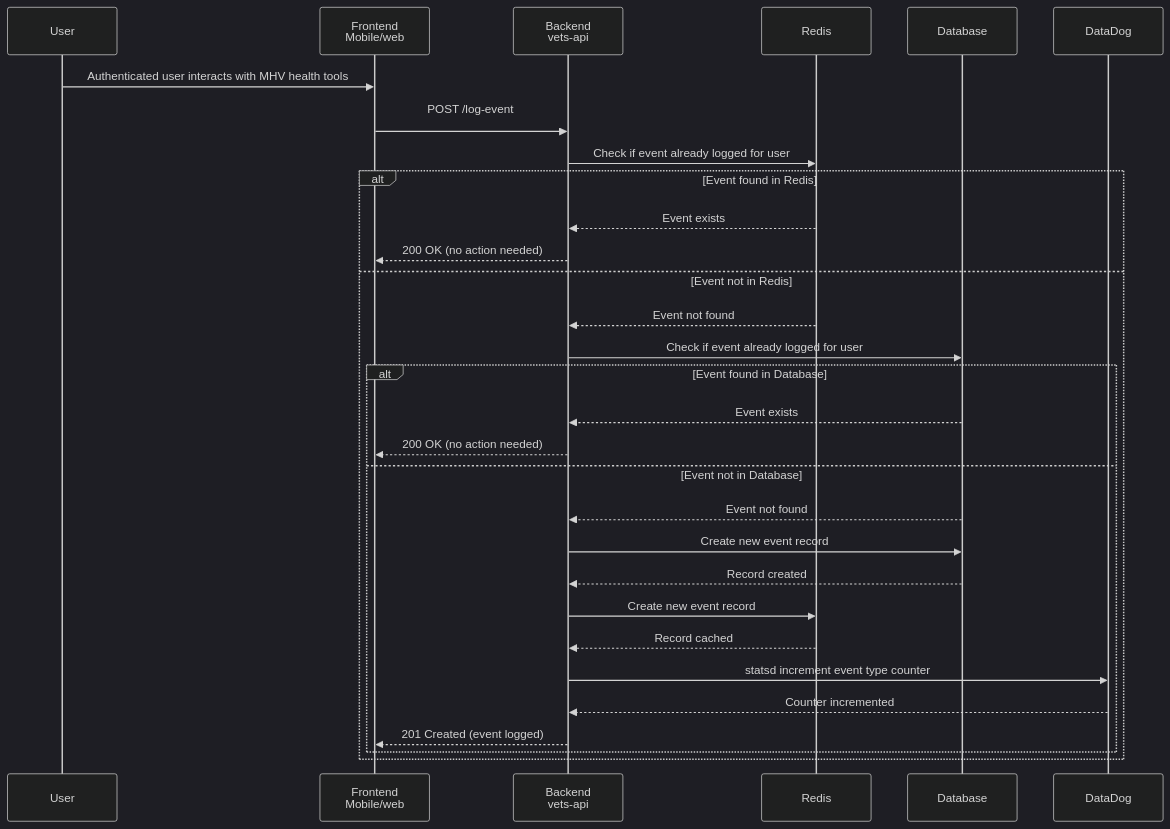
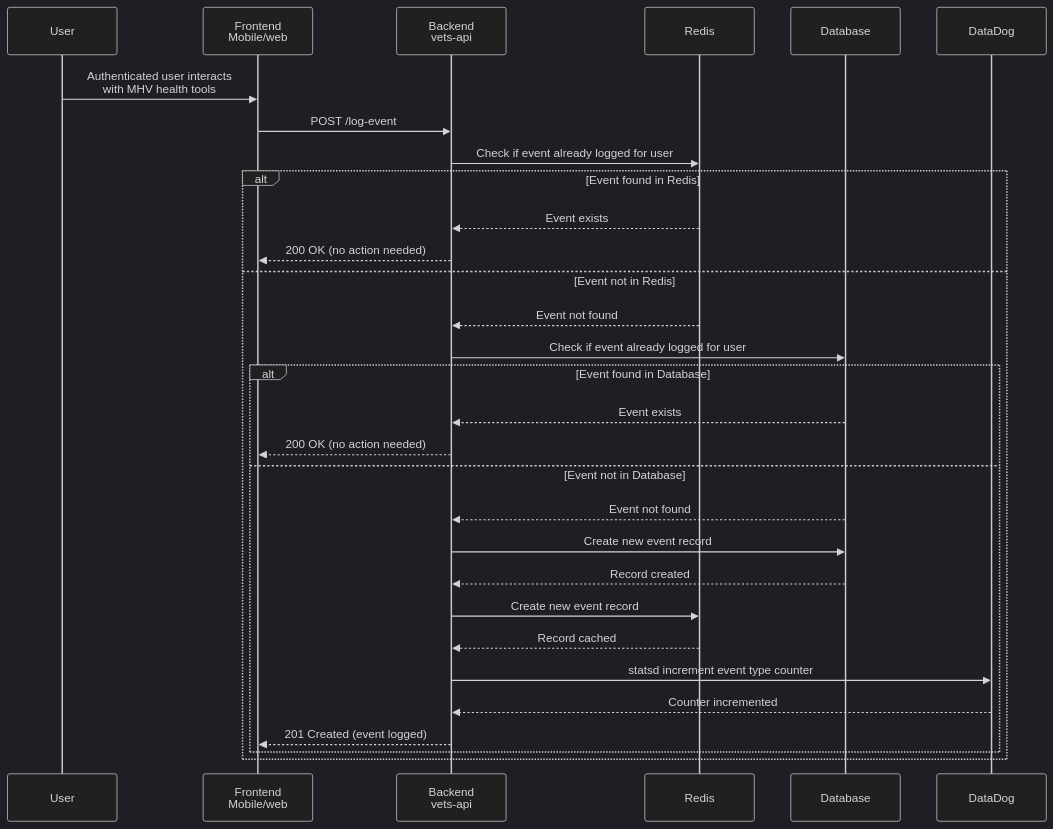
The first of 2 diagrams in products/health-care/patient-portal/mhv/2025-08-unique-user-metrics/design/README.md (department-of-veterans-affairs/va.gov-team), drawn with Mermaid (dark theme) before and after one commit.

Commit message:
Added line break in sequence diagram

````diff
--- a/products/health-care/patient-portal/mhv/2025-08-unique-user-metrics/design/README.md
+++ b/products/health-care/patient-portal/mhv/2025-08-unique-user-metrics/design/README.md
@@ -16,34 +16,34 @@
 ```mermaid
 sequenceDiagram
     participant User
     participant Frontend as Frontend<br/>Mobile/web
     participant API as Backend<br/>vets-api
     participant Redis
     participant Database
     participant DataDog
 
-    User->>Frontend: Authenticated user interacts with MHV health tools
-    Frontend->>API: POST /log-event<br/>
+    User->>Frontend: Authenticated user interacts<br/>with MHV health tools
+    Frontend->>API: POST /log-event
     
     API->>Redis: Check if event already logged for user
     alt Event found in Redis
         Redis-->>API: Event exists
         API-->>Frontend: 200 OK (no action needed)
     else Event not in Redis
         Redis-->>API: Event not found
         API->>Database: Check if event already logged for user
         alt Event found in Database
             Database-->>API: Event exists
             API-->>Frontend: 200 OK (no action needed)
         else Event not in Database
             Database-->>API: Event not found
             API->>Database: Create new event record
             Database-->>API: Record created
             API->>Redis: Create new event record
             Redis-->>API: Record cached
             API->>DataDog: statsd increment event type counter
             DataDog-->>API: Counter incremented
             API-->>Frontend: 201 Created (event logged)
         end
     end
 ```
````
